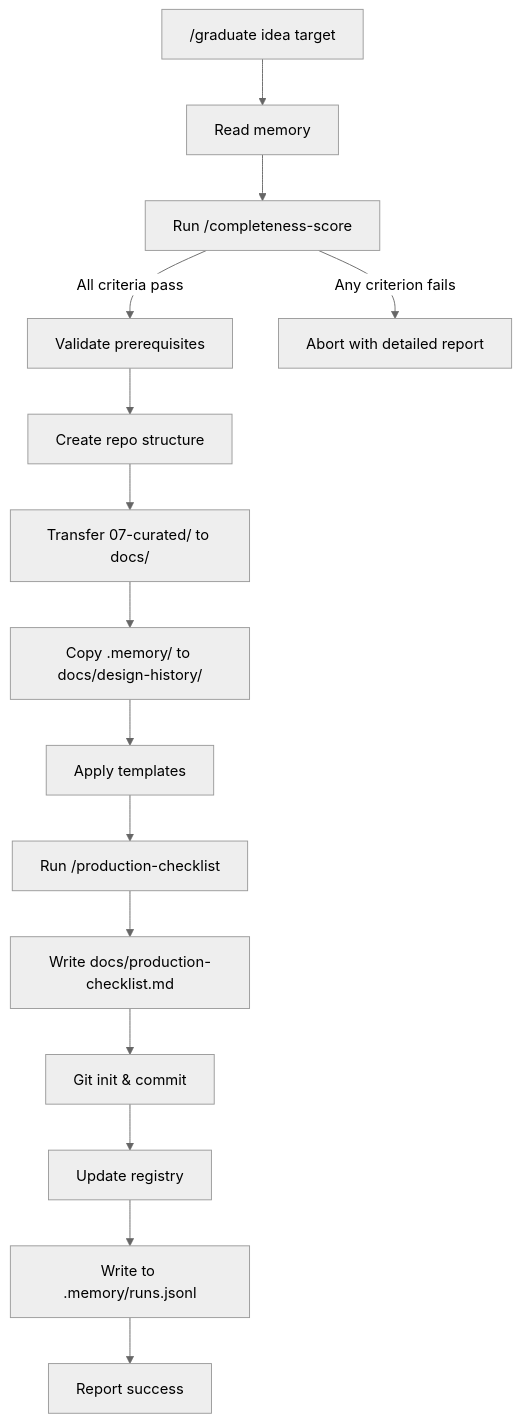
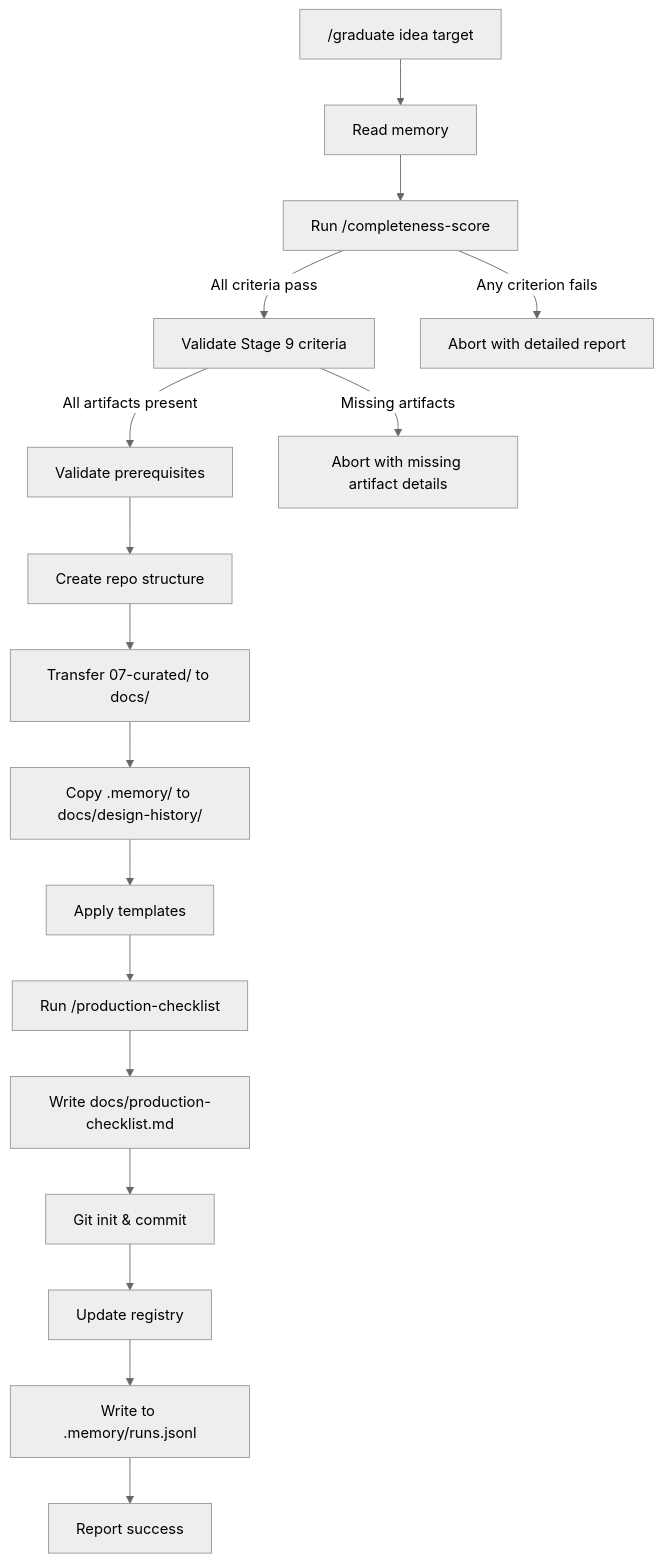
Before and after one commit to shakilbd009/ai-refinery: the diagram in .claude/skills/graduate.md, drawn with Mermaid (neutral theme). The commit also changed other lines of this file, not shown here.

First line of the commit message:
fix: Update graduate skill to check Stage 9 criteria

````diff
--- a/.claude/skills/graduate.md
+++ b/.claude/skills/graduate.md
@@ -274,17 +331,19 @@
 ```mermaid
 graph TD
     A["/graduate idea target"] --> A1["Read memory"]
     A1 --> B["Run /completeness-score"]
-    B -->|All criteria pass| C["Validate prerequisites"]
+    B -->|All criteria pass| B1["Validate Stage 9 criteria"]
     B -->|Any criterion fails| D["Abort with detailed report"]
+    B1 -->|All artifacts present| C["Validate prerequisites"]
+    B1 -->|Missing artifacts| D1["Abort with missing artifact details"]
     C --> E["Create repo structure"]
     E --> F["Transfer 07-curated/ to docs/"]
     F --> F1["Copy .memory/ to docs/design-history/"]
     F1 --> G["Apply templates"]
     G --> H["Run /production-checklist"]
     H --> I["Write docs/production-checklist.md"]
     I --> J["Git init & commit"]
     J --> K["Update registry"]
     K --> K1["Write to .memory/runs.jsonl"]
     K1 --> L["Report success"]
 ```
````
